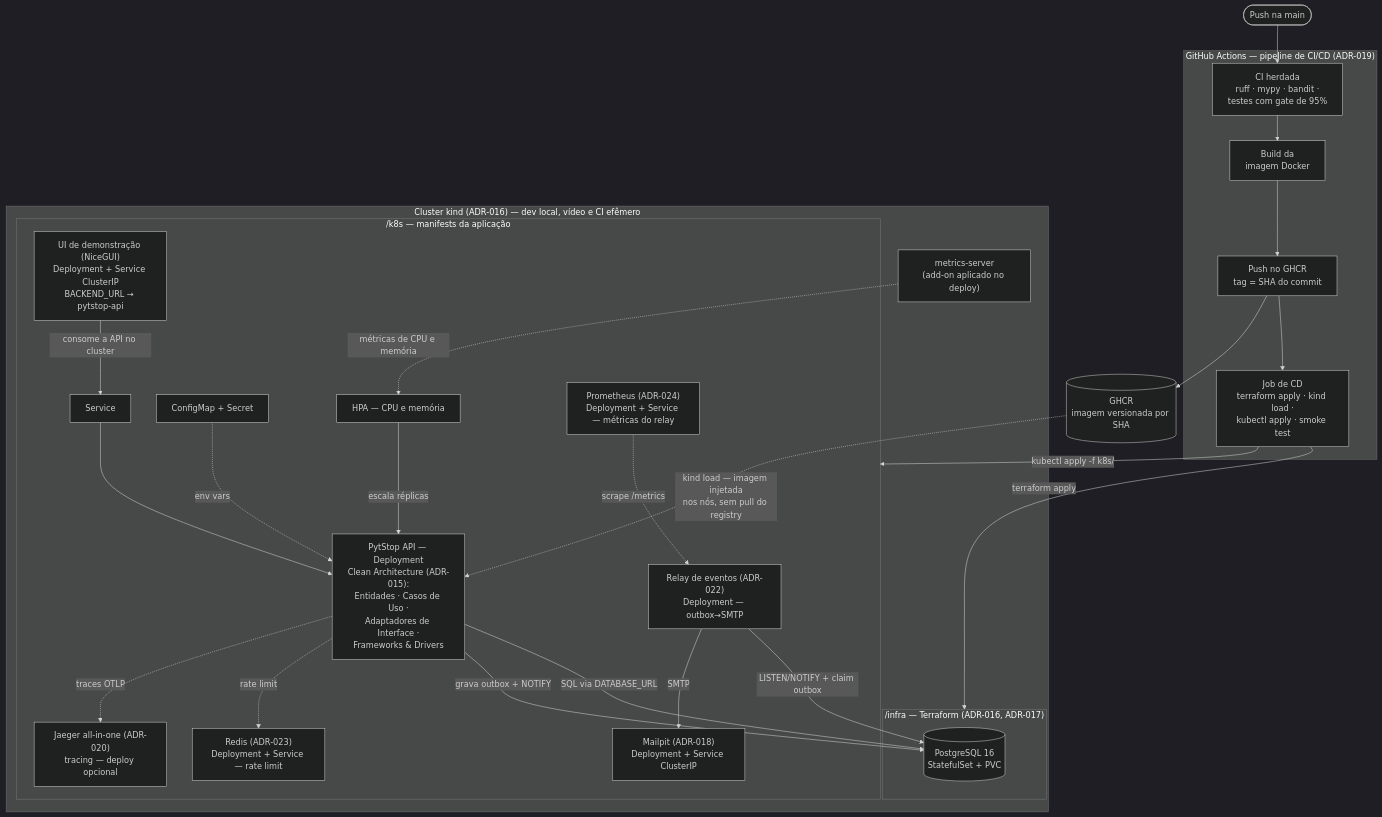
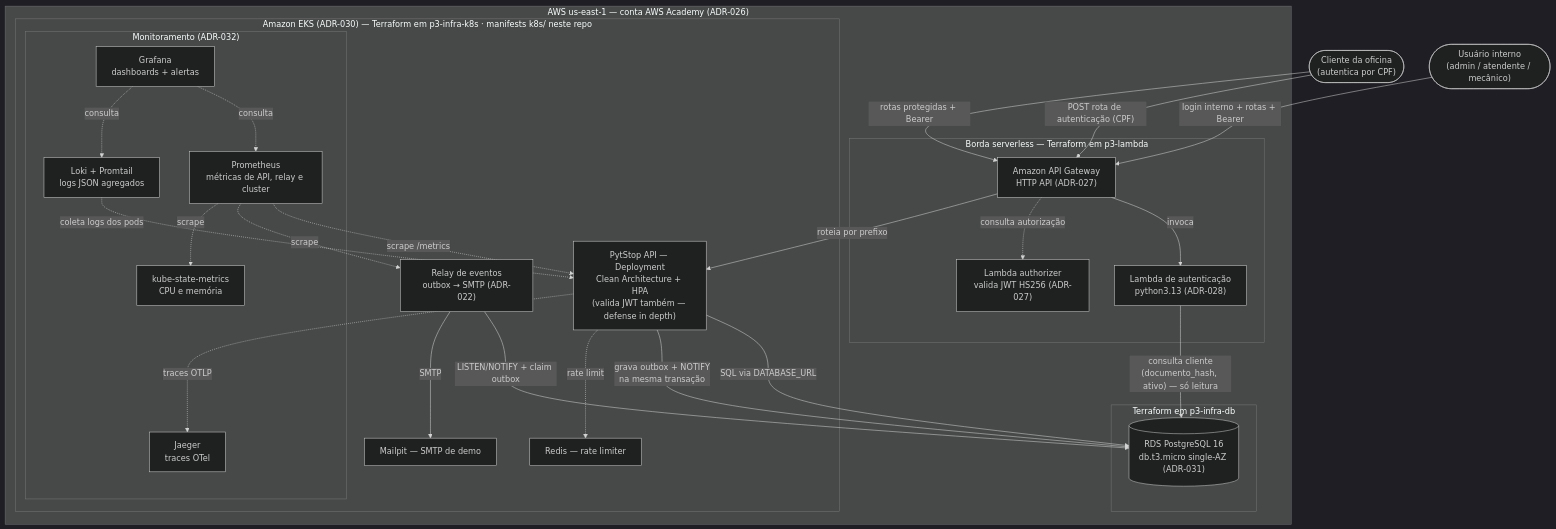
The diagram in README.md (fiap-postech-sw-architecture/postech-sw-arch-p3), drawn with Mermaid (dark theme) before and after one commit. The commit also changed other lines of this file and 7 other files, not shown here.

First line of the commit message:
feat(deploy): overlay EKS, pipeline homolog/producao e README da fase 3

````diff
--- a/README.md
+++ b/README.md
@@ -37,49 +47,49 @@
 ```mermaid
 flowchart TB
-    push_main(["Push na main"]) --> ci_stage
+    cliente(["Cliente da oficina<br/>(autentica por CPF)"])
+    interno(["Usuário interno<br/>(admin / atendente / mecânico)"])
 
-    subgraph gha["GitHub Actions — pipeline de CI/CD (ADR-019)"]
-        ci_stage["CI herdada<br/>ruff · mypy · bandit ·<br/>testes com gate de 95%"] --> build_img["Build da<br/>imagem Docker"]
-        build_img --> publish["Push no GHCR<br/>tag = SHA do commit"]
-        publish --> cd_job["Job de CD<br/>terraform apply · kind load ·<br/>kubectl apply · smoke test"]
-    end
-
-    ghcr[("GHCR<br/>imagem versionada por SHA")]
-    publish --> ghcr
-
-    cd_job -->|"terraform apply"| infra_tf
-    cd_job -->|"kubectl apply -f k8s/"| k8s_app
-    ghcr -.->|"kind load — imagem injetada<br/>nos nós, sem pull do registry"| app
-
-    subgraph cluster["Cluster kind (ADR-016) — dev local, vídeo e CI efêmero"]
-        subgraph infra_tf["/infra — Terraform (ADR-016, ADR-017)"]
-            pg[("PostgreSQL 16<br/>StatefulSet + PVC")]
+    subgraph aws["AWS us-east-1 — conta AWS Academy (ADR-026)"]
+        subgraph borda["Borda serverless — Terraform em p3-lambda"]
+            apigw["Amazon API Gateway<br/>HTTP API (ADR-027)"]
+            lambda_auth["Lambda de autenticação<br/>python3.13 (ADR-028)"]
+            authorizer["Lambda authorizer<br/>valida JWT HS256 (ADR-027)"]
         end
-        ms["metrics-server<br/>(add-on aplicado no deploy)"]
-        subgraph k8s_app["/k8s — manifests da aplicação"]
-            svc["Service"]
-            app["PytStop API — Deployment<br/>Clean Architecture (ADR-015):<br/>Entidades · Casos de Uso ·<br/>Adaptadores de Interface ·<br/>Frameworks & Drivers"]
-            cfg["ConfigMap + Secret"]
-            hpa["HPA — CPU e memória"]
-            mailpit["Mailpit (ADR-018)<br/>Deployment + Service ClusterIP"]
-            jaeger["Jaeger all-in-one (ADR-020)<br/>tracing — deploy opcional"]
-            relay["Relay de eventos (ADR-022)<br/>Deployment — outbox→SMTP"]
-            redis["Redis (ADR-023)<br/>Deployment + Service — rate limit"]
-            prometheus["Prometheus (ADR-024)<br/>Deployment + Service — métricas do relay"]
-            ui["UI de demonstração (NiceGUI)<br/>Deployment + Service ClusterIP<br/>BACKEND_URL → pytstop-api"]
+        subgraph eks["Amazon EKS (ADR-030) — Terraform em p3-infra-k8s · manifests k8s/ neste repo"]
+            app["PytStop API — Deployment<br/>Clean Architecture + HPA<br/>(valida JWT também — defense in depth)"]
+            relay["Relay de eventos<br/>outbox → SMTP (ADR-022)"]
+            redis["Redis — rate limiter"]
+            mailpit["Mailpit — SMTP de demo"]
+            subgraph mon["Monitoramento (ADR-032)"]
+                prometheus["Prometheus<br/>métricas de API, relay e cluster"]
+                grafana["Grafana<br/>dashboards + alertas"]
+                loki["Loki + Promtail<br/>logs JSON agregados"]
+                ksm["kube-state-metrics<br/>CPU e memória"]
+                jaeger["Jaeger<br/>traces OTel"]
+            end
+        end
+        subgraph db["Terraform em p3-infra-db"]
+            rds[("RDS PostgreSQL 16<br/>db.t3.micro single-AZ (ADR-031)")]
         end
     end
 
-    svc --> app
-    cfg -.->|"env vars"| app
-    hpa -->|"escala réplicas"| app
-    ms -.->|"métricas de CPU e memória"| hpa
-    ui -->|"consome a API no cluster"| svc
-    app -->|"SQL via DATABASE_URL"| pg
-    app -->|"grava outbox + NOTIFY"| pg
-    relay -->|"LISTEN/NOTIFY + claim outbox"| pg
+    cliente -->|"POST rota de autenticação (CPF)"| apigw
+    cliente -->|"rotas protegidas + Bearer"| apigw
+    interno -->|"login interno + rotas + Bearer"| apigw
+    apigw -->|"invoca"| lambda_auth
+    apigw -.->|"consulta autorização"| authorizer
+    apigw -->|"roteia por prefixo"| app
+    lambda_auth -->|"consulta cliente<br/>(documento_hash, ativo) — só leitura"| rds
+    app -->|"SQL via DATABASE_URL"| rds
+    app -->|"grava outbox + NOTIFY<br/>na mesma transação"| rds
+    relay -->|"LISTEN/NOTIFY + claim outbox"| rds
     relay -->|"SMTP"| mailpit
     app -.->|"rate limit"| redis
     app -.->|"traces OTLP"| jaeger
-    prometheus -.->|"scrape /metrics"| relay
+    prometheus -.->|"scrape /metrics"| app
+    prometheus -.->|"scrape"| relay
+    prometheus -.->|"scrape"| ksm
+    loki -.->|"coleta logs dos pods"| app
+    grafana -.->|"consulta"| prometheus
+    grafana -.->|"consulta"| loki
 ```
````
